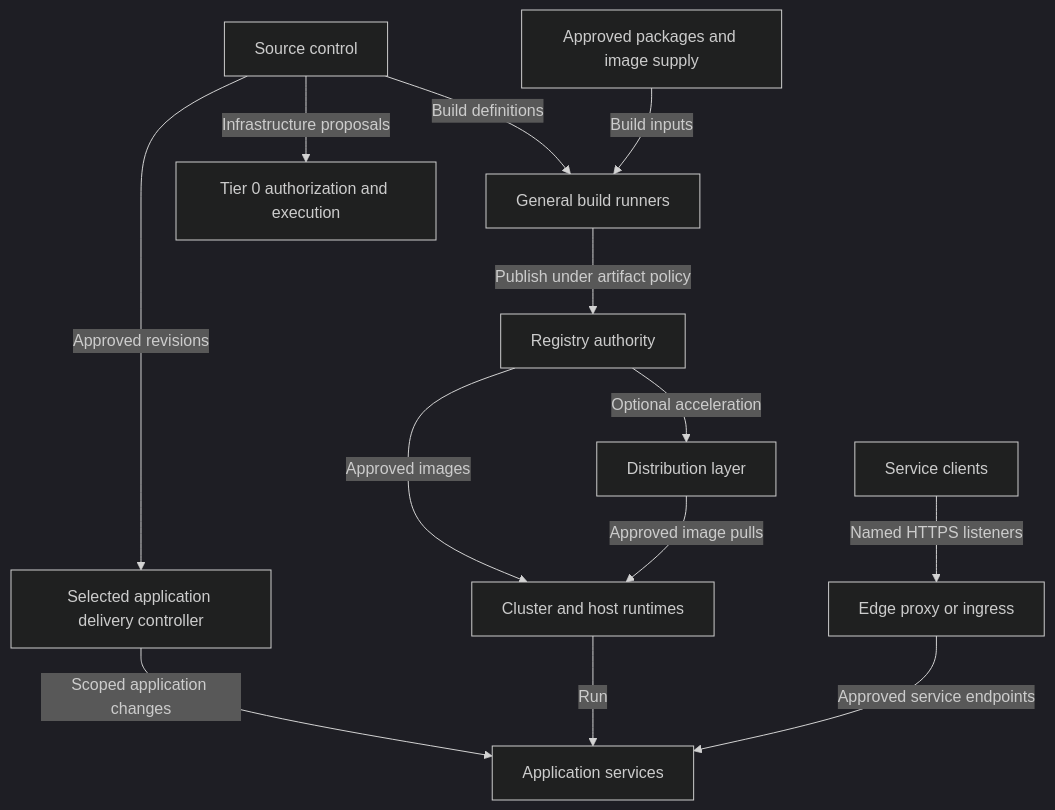
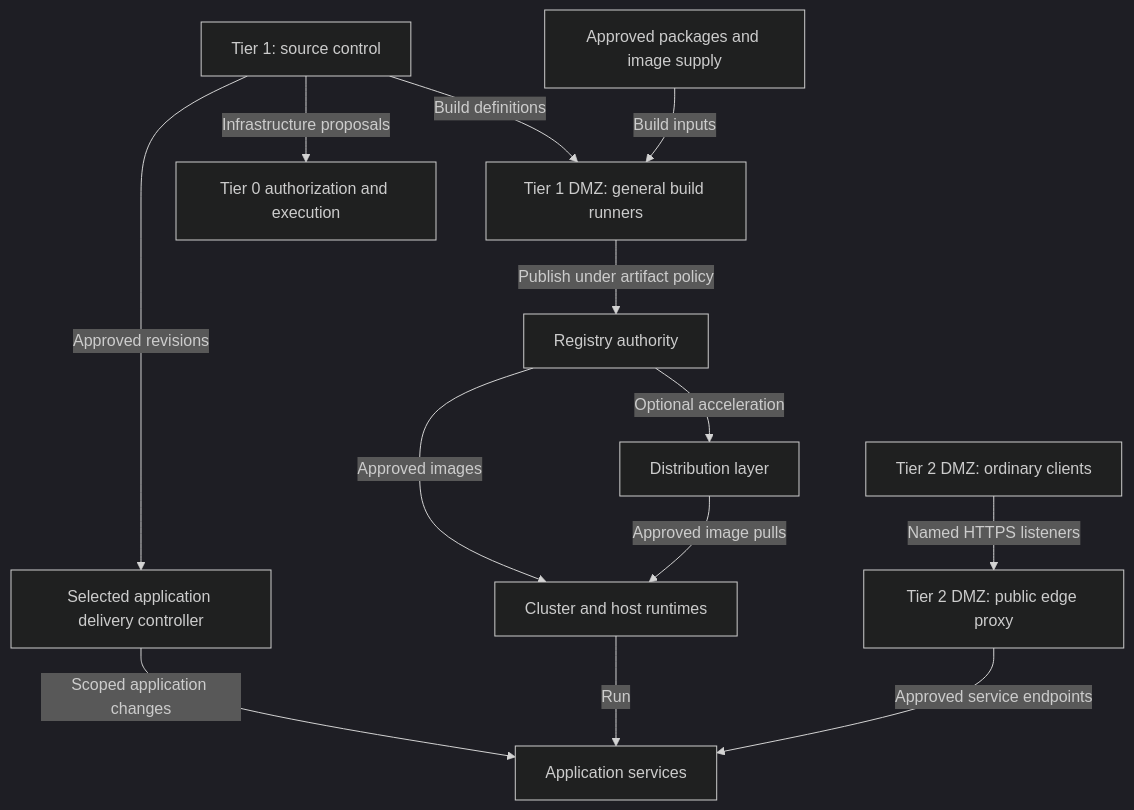
One commit to Rexus/homelab changed the diagram in docs/architecture/delivery/README.md. Above: the diagram before and after it, drawn with Mermaid (dark theme). The commit also changed other lines of this file and 104 other files, not shown here.

````diff
--- a/docs/architecture/delivery/README.md
+++ b/docs/architecture/delivery/README.md
@@ -25,15 +26,15 @@
 ```mermaid
 flowchart TB
-  Source["Source control"] -->|Build definitions| Build["General build runners"]
+  Source["Tier 1: source control"] -->|Build definitions| Build["Tier 1 DMZ: general build runners"]
   Supply["Approved packages and image supply"] -->|Build inputs| Build
   Build -->|Publish under artifact policy| Registry["Registry authority"]
   Source -->|Approved revisions| Delivery["Selected application delivery controller"]
   Registry -->|Approved images| Runtime["Cluster and host runtimes"]
   Registry -->|Optional acceleration| Distribution["Distribution layer"]
   Distribution -->|Approved image pulls| Runtime
   Delivery -->|Scoped application changes| Apps["Application services"]
   Runtime -->|Run| Apps
-  Clients["Service clients"] -->|Named HTTPS listeners| Edge["Edge proxy or ingress"]
+  Clients["Tier 2 DMZ: ordinary clients"] -->|Named HTTPS listeners| Edge["Tier 2 DMZ: public edge proxy"]
   Edge -->|Approved service endpoints| Apps
   Source -->|Infrastructure proposals| Gate["Tier 0 authorization and execution"]
 ```
````
